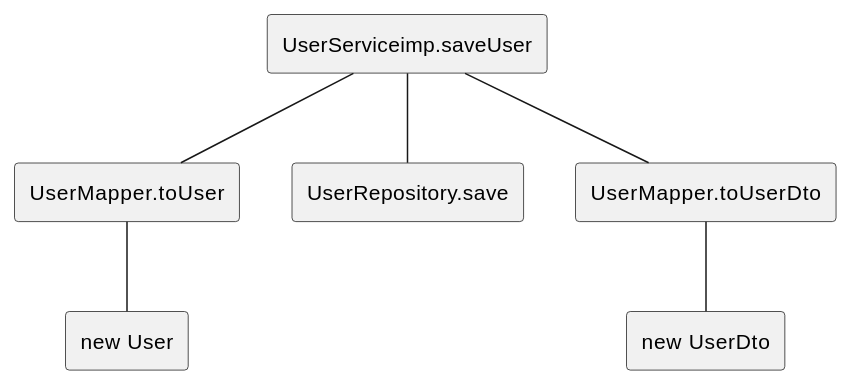
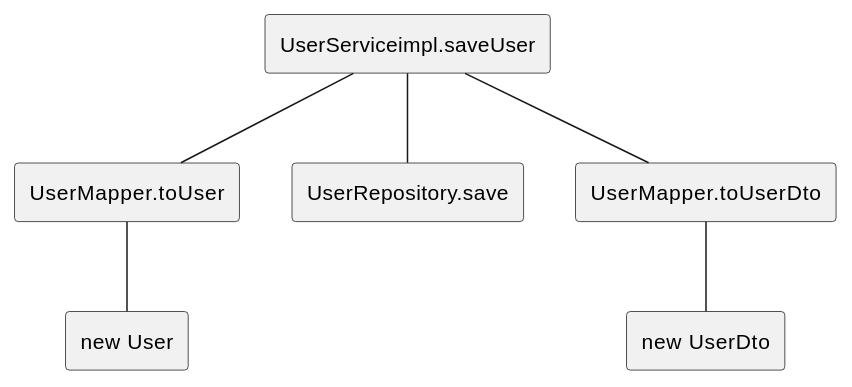
The second of 31 diagrams in docs/DependencyTrees.md (polito-se2-2020-team6/ezgas), drawn with PlantUML before and after one commit. The commit also changed other lines of this file and 1 other file, not shown here.

````diff
--- a/docs/DependencyTrees.md
+++ b/docs/DependencyTrees.md
@@ -25,20 +25,20 @@
 ```plantuml
 @startuml
 
-agent UserServiceimp.saveUser as m1
-agent UserMapper.toUser as m2
-agent "new User" as m5
-agent UserRepository.save as m3
-agent UserMapper.toUserDto as m4
-agent "new UserDto" as m6
+agent UserServiceimpl.saveUser as saveUSer
+agent UserMapper.toUser as toUser
+agent "new User" as newUser
+agent UserRepository.save as save
+agent UserMapper.toUserDto as toUserDto
+agent "new UserDto" as newUserDto
 
-m1 -- m2
-m1 -- m3
-m1 -- m4
+saveUSer -- toUser
+saveUSer -- save
+saveUSer -- toUserDto
 
-m2 -- m5
+toUser -- newUser
 
-m4 -- m6
+toUserDto -- newUserDto
 
 @enduml
 ```
````
